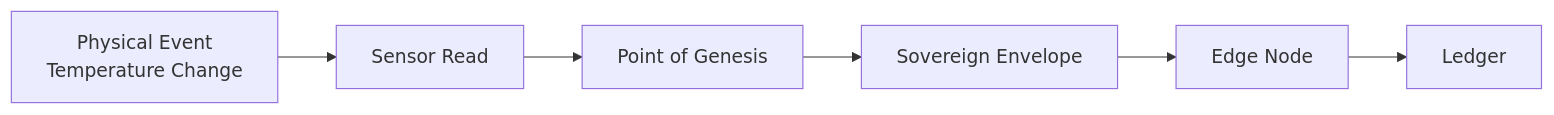
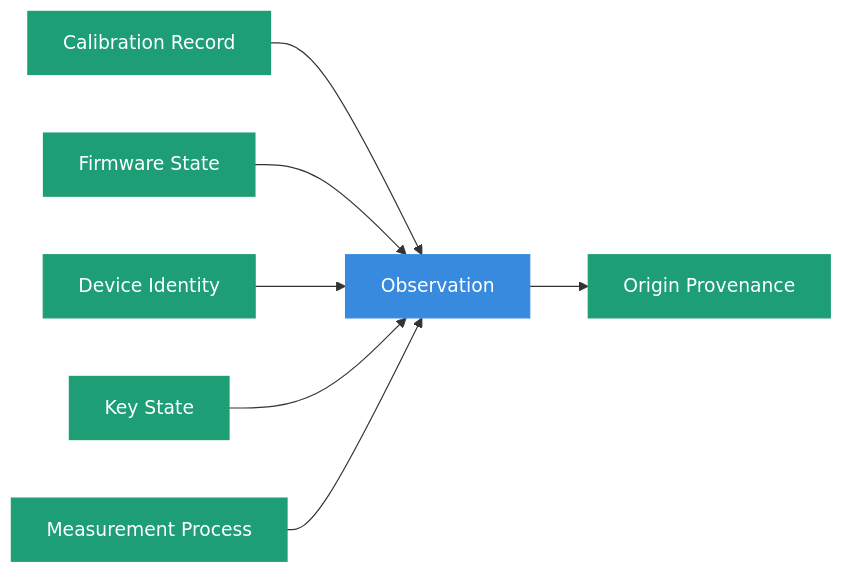
Before and after one commit to kenwalger/sovereign-system-spec: the fourth of 5 diagrams in terms/point-of-genesis.md, drawn with Mermaid. The commit also changed other lines of this file and 13 other files, not shown here.

````diff
--- a/terms/point-of-genesis.md
+++ b/terms/point-of-genesis.md
@@ -90,21 +277,15 @@
 ```mermaid
 flowchart LR
+    C["Calibration Record"] --> O["Observation"]
+    F["Firmware State"] --> O
+    D["Device Identity"] --> O
+    K["Key State"] --> O
+    M["Measurement Process"] --> O
+    O --> P["Origin Provenance"]
 
-    A["Physical Event<br/>Temperature Change"]
+    classDef capture fill:#378ADD,stroke:#378ADD,color:#FFFFFF
+    classDef governance fill:#1D9E75,stroke:#1D9E75,color:#FFFFFF
 
-    B["Sensor Read"]
-    
-    C["Point of Genesis"]
-
-    D["Sovereign Envelope"]
-
-    E["Edge Node"]
-
-    F["Ledger"]
-
-    A --> B
-    B --> C
-    C --> D
-    D --> E
-    E --> F
+    class O capture
+    class C,F,D,K,M,P governance
 ```
````
